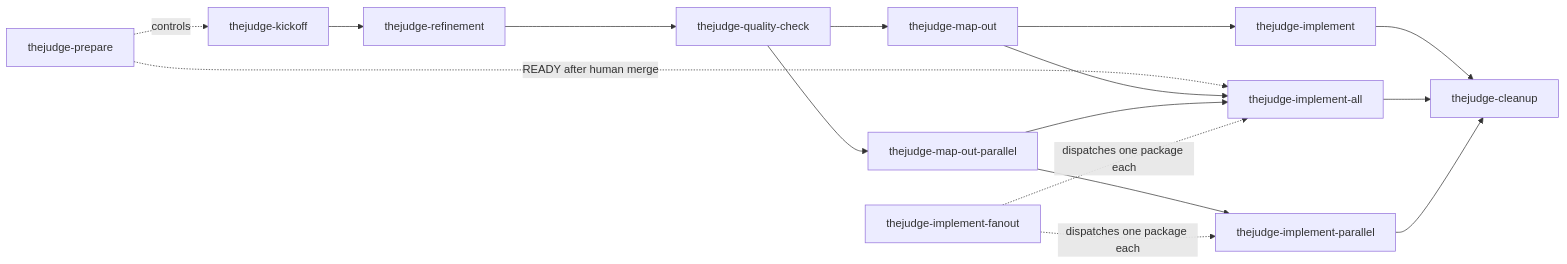
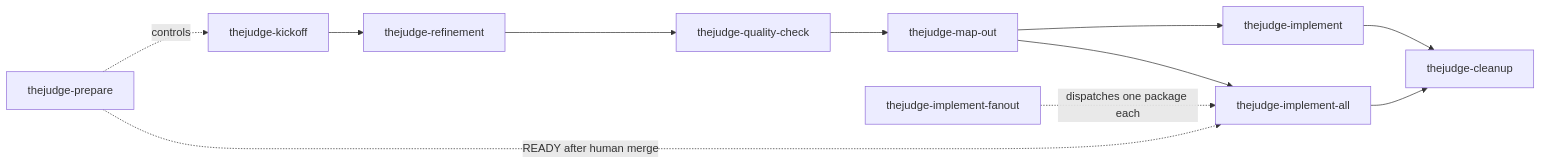
One commit to ChrisMiho/TheJudge changed the diagram in AGENT-SKILLS.md. Above: the diagram before and after it, drawn with Mermaid. The commit also changed other lines of this file and 31 other files, not shown here.

````diff
--- a/AGENT-SKILLS.md
+++ b/AGENT-SKILLS.md
@@ -38,18 +36,13 @@
 ```mermaid
 flowchart LR
   prepare[thejudge-prepare] -. controls .-> kickoff
   prepare -. READY after human merge .-> implementall
   kickoff[thejudge-kickoff] --> refinement[thejudge-refinement]
   refinement --> qc[thejudge-quality-check]
   qc --> mapout[thejudge-map-out]
-  qc --> mapoutp[thejudge-map-out-parallel]
   mapout --> implement[thejudge-implement]
   mapout --> implementall[thejudge-implement-all]
-  mapoutp --> implementp[thejudge-implement-parallel]
-  mapoutp --> implementall
   implement --> cleanup[thejudge-cleanup]
   implementall --> cleanup
-  implementp --> cleanup
   fanout[thejudge-implement-fanout] -. dispatches one package each .-> implementall
-  fanout -. dispatches one package each .-> implementp
 ```
````
